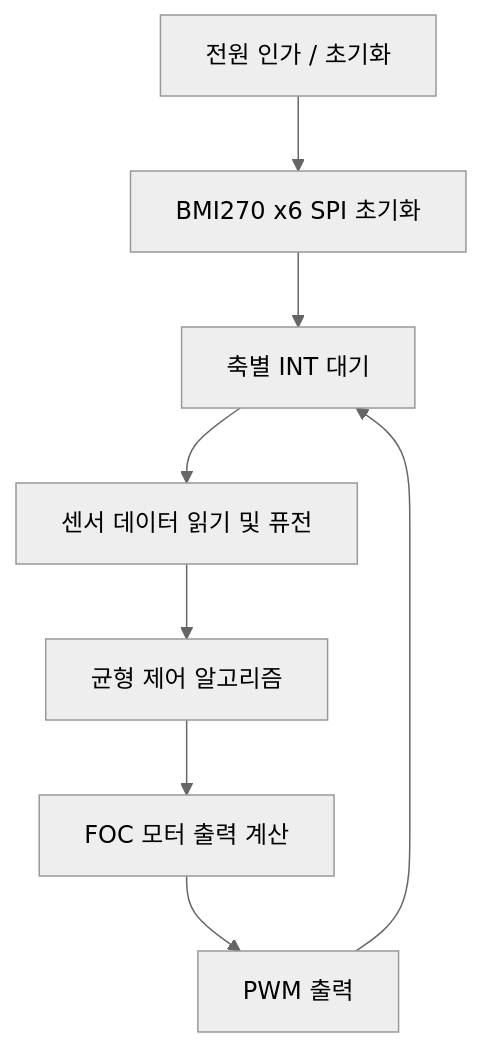
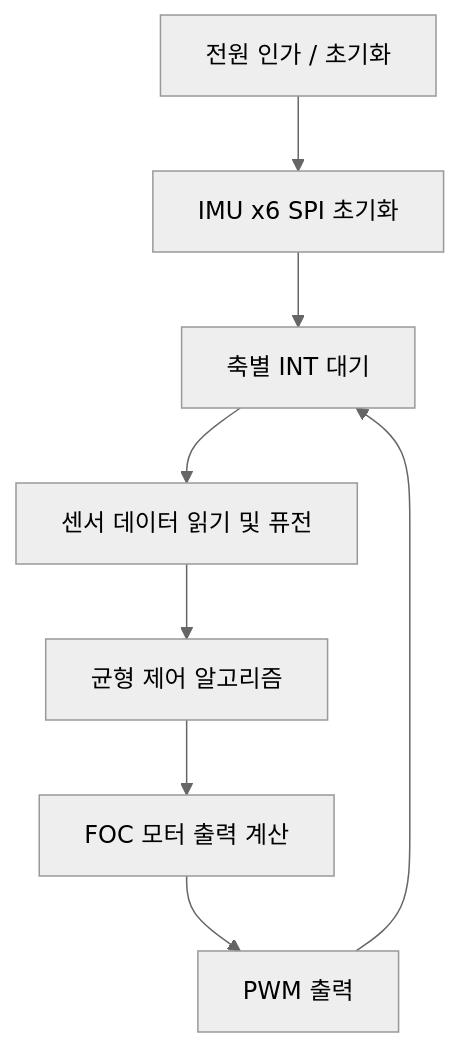
Before and after one commit to LeeMakeKR/Self_Balancing_Device: the diagram in 코드 구조.md, drawn with Mermaid (neutral theme). The commit also changed other lines of this file and 13 other files, not shown here.

````diff
--- a/코드 구조.md
+++ b/코드 구조.md
@@ -12,10 +13,10 @@
 ```mermaid
 flowchart TD
-    A[전원 인가 / 초기화] --> B[BMI270 x6 SPI 초기화]
+    A[전원 인가 / 초기화] --> B[IMU x6 SPI 초기화]
     B --> C[축별 INT 대기]
     C --> D[센서 데이터 읽기 및 퓨전]
     D --> E[균형 제어 알고리즘]
     E --> F[FOC 모터 출력 계산]
     F --> G[PWM 출력]
     G --> C
 ```
````
